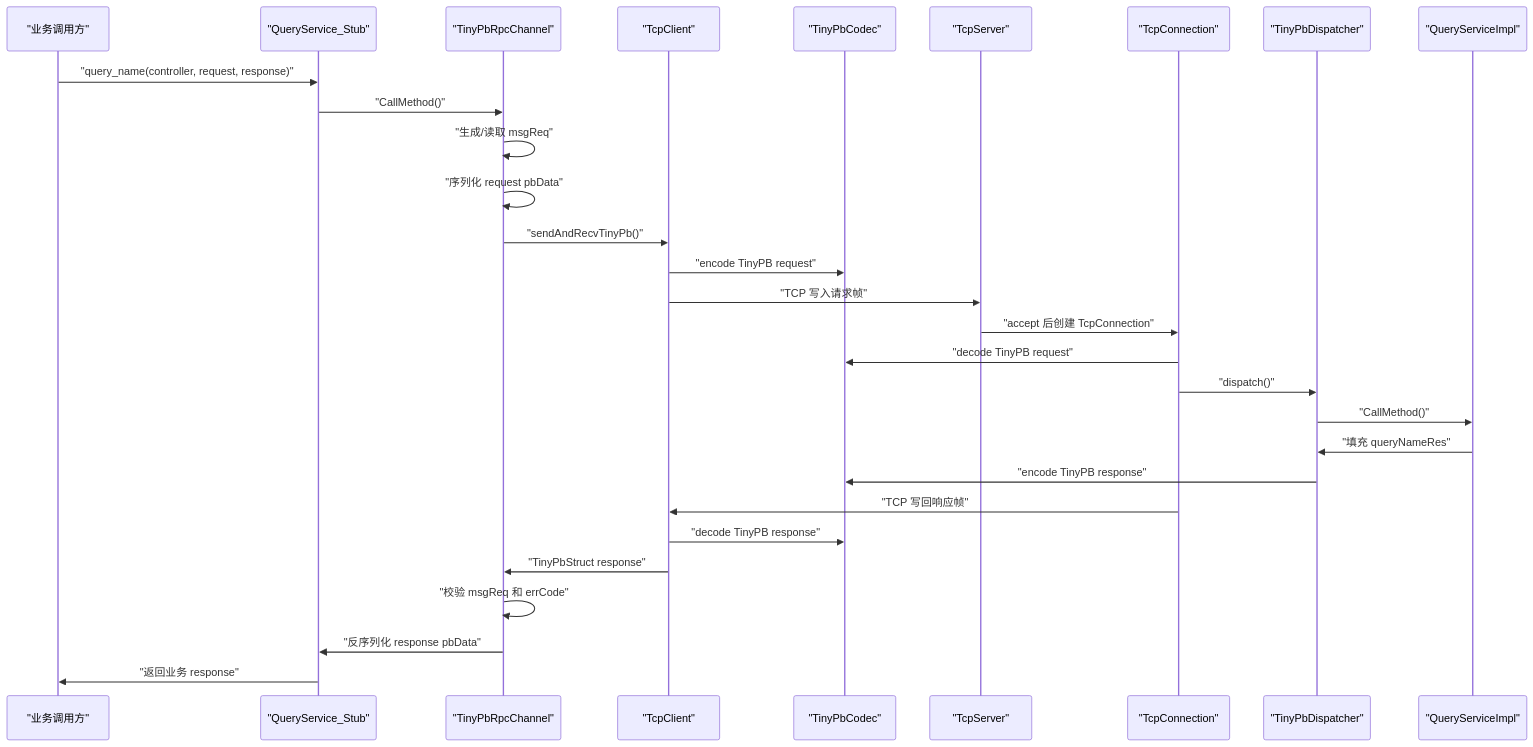
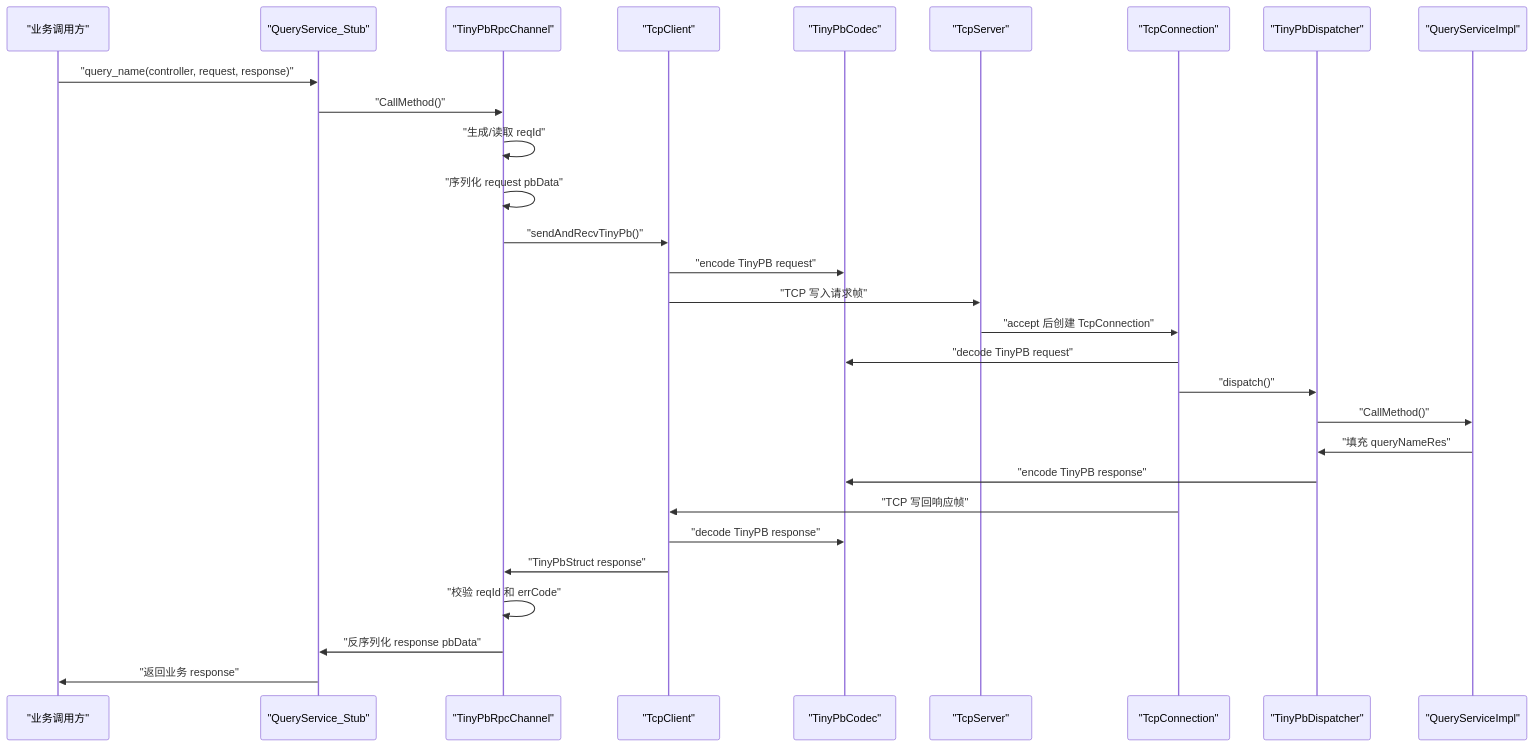
Before and after one commit to echo9923/rpc: the first of 3 diagrams in docs/stage-8.md, drawn with Mermaid. The commit also changed other lines of this file and 98 other files, not shown here.

Commit message:
refactor(project): 统一命名规范并替换 msgReq 为 reqId

````diff
--- a/docs/stage-8.md
+++ b/docs/stage-8.md
@@ -11,32 +11,32 @@
 ```mermaid
 sequenceDiagram
     participant Caller as "业务调用方"
     participant Stub as "QueryService_Stub"
     participant Channel as "TinyPbRpcChannel"
     participant Client as "TcpClient"
     participant Codec as "TinyPbCodec"
     participant Server as "TcpServer"
     participant Conn as "TcpConnection"
     participant Dispatcher as "TinyPbDispatcher"
     participant Service as "QueryServiceImpl"
 
     Caller->>Stub: "query_name(controller, request, response)"
     Stub->>Channel: "CallMethod()"
-    Channel->>Channel: "生成/读取 msgReq"
+    Channel->>Channel: "生成/读取 reqId"
     Channel->>Channel: "序列化 request pbData"
     Channel->>Client: "sendAndRecvTinyPb()"
     Client->>Codec: "encode TinyPB request"
     Client->>Server: "TCP 写入请求帧"
     Server->>Conn: "accept 后创建 TcpConnection"
     Conn->>Codec: "decode TinyPB request"
     Conn->>Dispatcher: "dispatch()"
     Dispatcher->>Service: "CallMethod()"
     Service->>Dispatcher: "填充 queryNameRes"
     Dispatcher->>Codec: "encode TinyPB response"
     Conn->>Client: "TCP 写回响应帧"
     Client->>Codec: "decode TinyPB response"
     Client->>Channel: "TinyPbStruct response"
-    Channel->>Channel: "校验 msgReq 和 errCode"
+    Channel->>Channel: "校验 reqId 和 errCode"
     Channel->>Stub: "反序列化 response pbData"
     Stub->>Caller: "返回业务 response"
 ```
````
